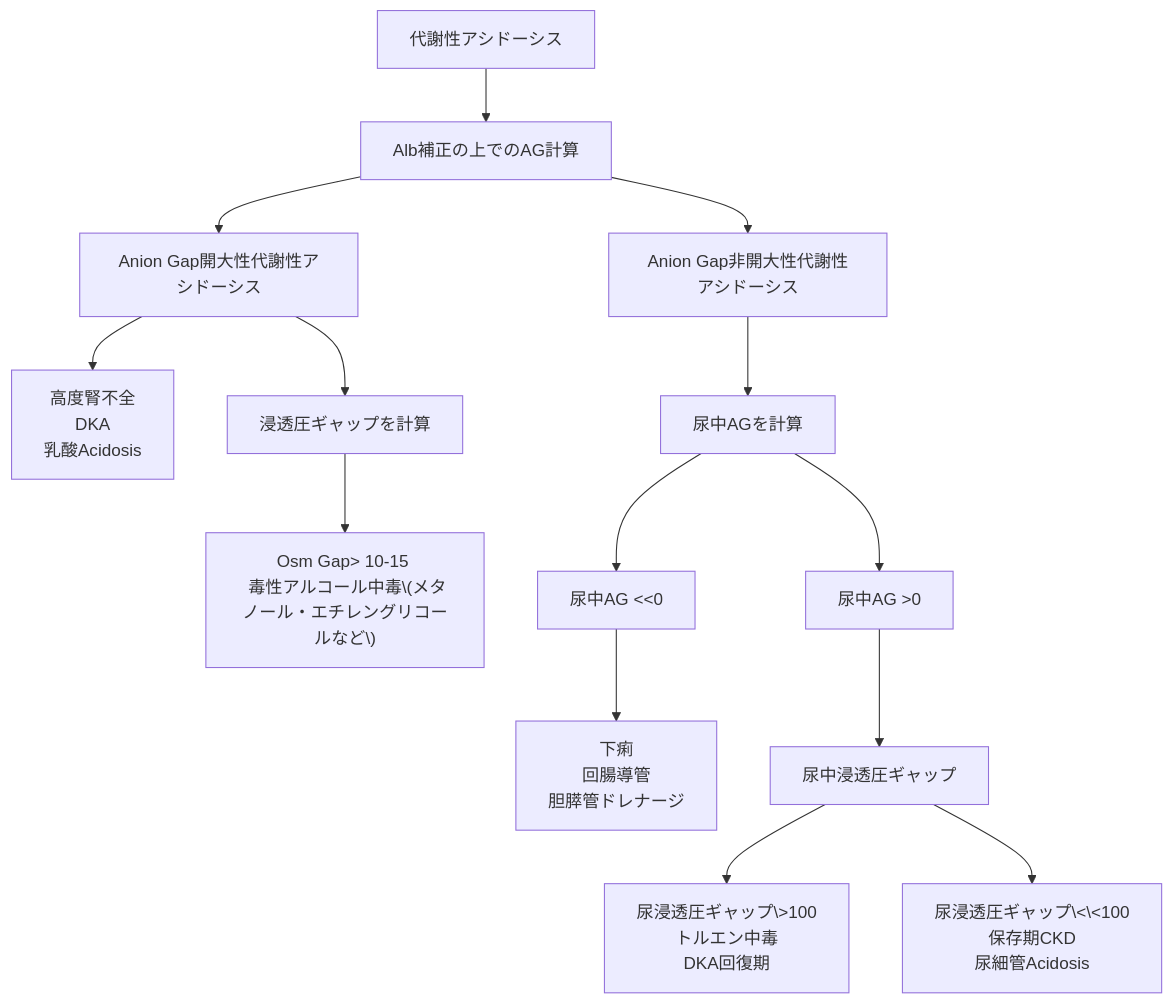
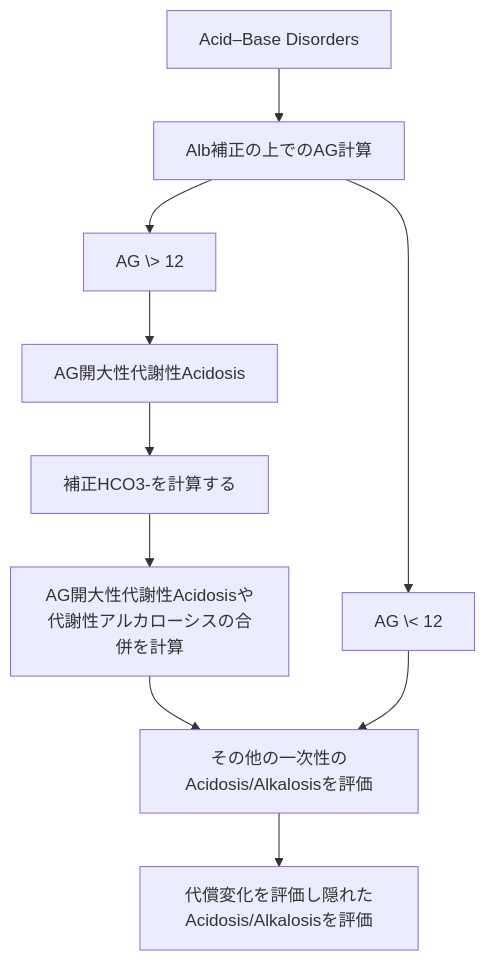
Before and after one commit to figarofuga/personal-slides: the second of 2 diagrams in medicine/blood_gas_analysis_mi/index.qmd, drawn with Mermaid. The commit also changed other lines of this file and 4 other files, not shown here.

````diff
--- a/medicine/blood_gas_analysis_mi/index.qmd
+++ b/medicine/blood_gas_analysis_mi/index.qmd
@@ -152,32 +408,27 @@
 ```{mermaid}
 %%| fig-width: 10
 %%| fig-height: 6
 
 flowchart TD
+    ABG["Acid–Base Disorders"]
 
-    MA["代謝性アシドーシス"]
+    ABG --> AlbCorrectAG["Alb補正の上でのAG計算"]
+
+    AlbCorrectAG --> AlbCorrectAGPosi["AG \> 12"]
+    AlbCorrectAG --> AlbCorrectAGNega["AG \< 12"]
+
+    AlbCorrectAGPosi --> AG["AG開大性代謝性Acidosis"]
+    AG --> HCO3["補正HCO3-を計算する"]
+    HCO3 --> HCO3eval["AG開大性代謝性Acidosisや代謝性アルカローシスの合併を計算"]
+
     
-    MA --> AlbCorrectAG["Alb補正の上でのAG計算"]
-    AlbCorrectAG --> NAG["Anion Gap非開大性代謝性アシドーシス"]
-    AlbCorrectAG --> AG["Anion Gap開大性代謝性アシドーシス"]
-    %% AG --> HCO3["補正HCO3-を計算する"]
-    AG --> DKAetc["高度腎不全 <br> DKA <br> 乳酸Acidosis"]
+
+    HCO3eval --> Othereval["その他の一次性のAcidosis/Alkalosisを評価"]
+
+    AlbCorrectAGNega --> Othereval["その他の一次性のAcidosis/Alkalosisを評価"]
+
+    Othereval --> Secondaryeval["代償変化を評価し隠れたAcidosis/Alkalosisを評価"]
 
 
-    AG --> OsmGap["浸透圧ギャップを計算"]
-    OsmGap --> OsmGapPosi["Osm Gap> 10-15 <br> 毒性アルコール中毒\(メタノール・エチレングリコールなど\)"]
-
-    NAG --> UrineAG["尿中AGを計算"]
-    UrineAG --> UrineAGPosi["尿中AG >0"]
-    UrineAG --> UrineAGNega["尿中AG <<0"]
-    UrineAGNega --> UrineAGNegadisease["下痢 <br> 回腸導管 <br> 胆膵管ドレナージ"]
-    UrineAGPosi --> UrineOsmGap["尿中浸透圧ギャップ"]
-    UrineOsmGap --> UrineOsmGapPosi["尿浸透圧ギャップ\>100 <br> トルエン中毒 <br> DKA回復期"]
-    UrineOsmGap --> UrineOsmGapNega["尿浸透圧ギャップ\<\<100 <br> 保存期CKD <br> 尿細管Acidosis"]
-
-    click AG "#/ag-acidosis"
-    click NAG "#/nag-acidosis"
-    click MK "#/metabolic-alkalosis"
-    click RA "#/respiratory-acidosis"
-    click RK "#/respiratory-alkalosis"
+    
 ```
````
